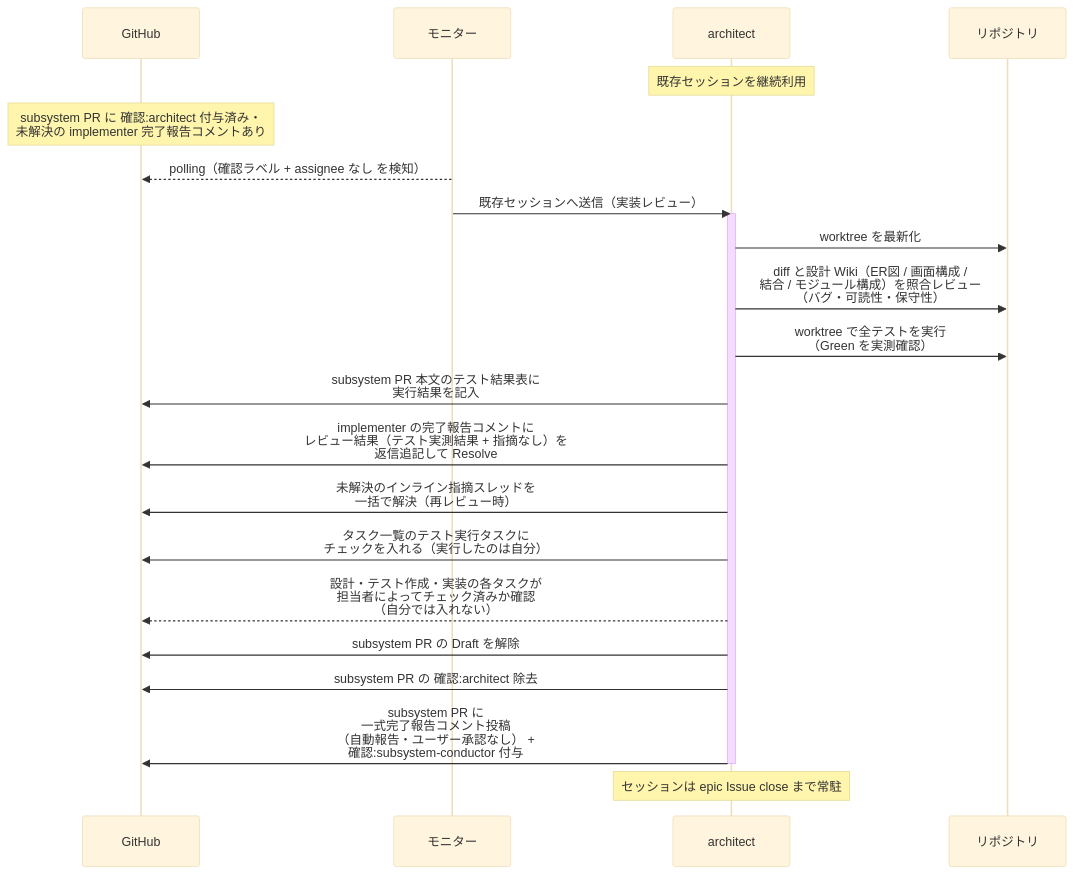
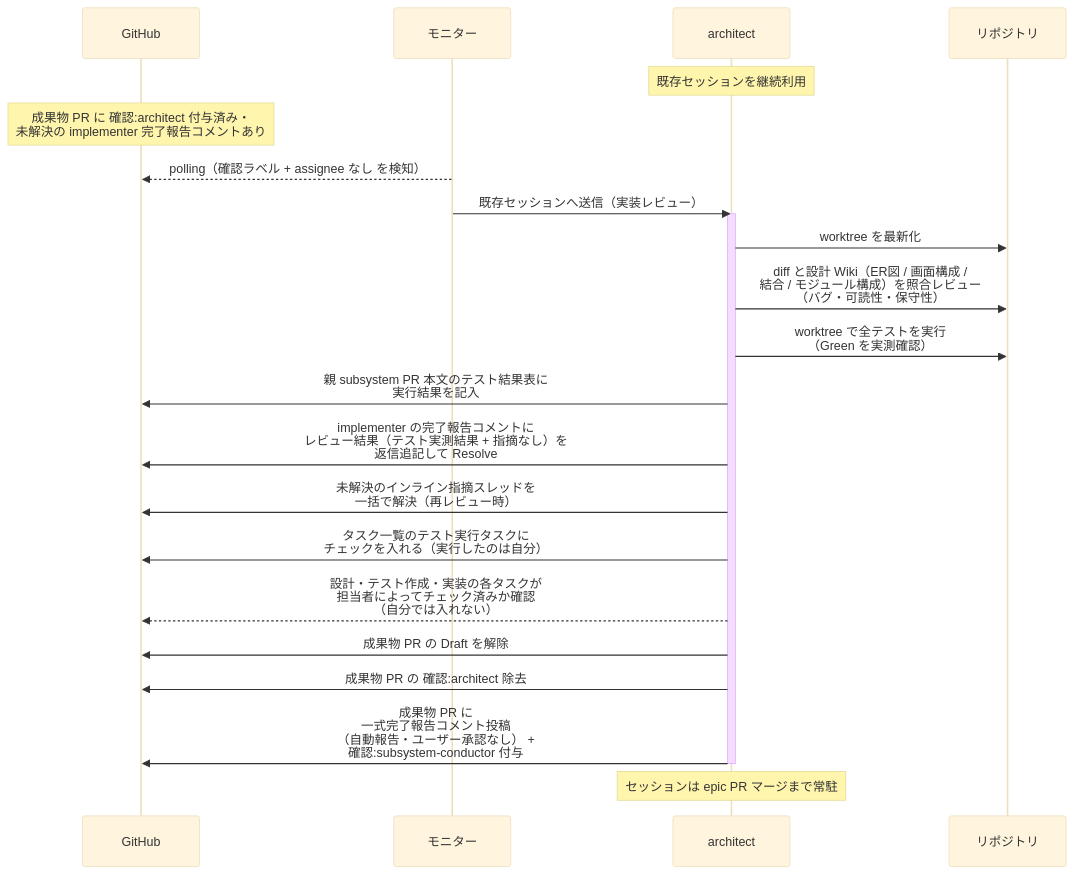
One commit to shuhei1101/ai-monitor changed the first of 5 diagrams in docs/wiki/設計図/シナリオ/単一ユースケース/実装レビュー.md. Above: the diagram before and after it, drawn with Mermaid (base theme). The commit also changed other lines of this file and 256 other files, not shown here.

````diff
--- a/docs/wiki/設計図/シナリオ/単一ユースケース/実装レビュー.md
+++ b/docs/wiki/設計図/シナリオ/単一ユースケース/実装レビュー.md
@@ -26,26 +26,26 @@
 ```mermaid
 sequenceDiagram
   participant GH as GitHub
   participant ORC as モニター
   participant MON as architect
   participant REPO as リポジトリ
 
   Note over MON: 既存セッションを継続利用
-  Note over GH: subsystem PR に 確認:architect 付与済み・<br>未解決の implementer 完了報告コメントあり
+  Note over GH: 成果物 PR に 確認:architect 付与済み・<br>未解決の implementer 完了報告コメントあり
   ORC-->>GH: polling（確認ラベル + assignee なし を検知）
   ORC->>MON: 既存セッションへ送信（実装レビュー）
   activate MON
   MON->>REPO: worktree を最新化
   MON->>REPO: diff と設計 Wiki（ER図 / 画面構成 /<br>結合 / モジュール構成）を照合レビュー<br>（バグ・可読性・保守性）
   MON->>REPO: worktree で全テストを実行<br>（Green を実測確認）
-  MON->>GH: subsystem PR 本文のテスト結果表に<br>実行結果を記入
+  MON->>GH: 親 subsystem PR 本文のテスト結果表に<br>実行結果を記入
   MON->>GH: implementer の完了報告コメントに<br>レビュー結果（テスト実測結果 + 指摘なし）を<br>返信追記して Resolve
   MON->>GH: 未解決のインライン指摘スレッドを<br>一括で解決（再レビュー時）
   MON->>GH: タスク一覧のテスト実行タスクに<br>チェックを入れる（実行したのは自分）
   MON-->>GH: 設計・テスト作成・実装の各タスクが<br>担当者によってチェック済みか確認<br>（自分では入れない）
-  MON->>GH: subsystem PR の Draft を解除
-  MON->>GH: subsystem PR の 確認:architect 除去
-  MON->>GH: subsystem PR に<br>一式完了報告コメント投稿<br>（自動報告・ユーザー承認なし） +<br>確認:subsystem-conductor 付与
+  MON->>GH: 成果物 PR の Draft を解除
+  MON->>GH: 成果物 PR の 確認:architect 除去
+  MON->>GH: 成果物 PR に<br>一式完了報告コメント投稿<br>（自動報告・ユーザー承認なし） +<br>確認:subsystem-conductor 付与
   deactivate MON
-  Note over MON: セッションは epic Issue close まで常駐
+  Note over MON: セッションは epic PR マージまで常駐
 ```
````
